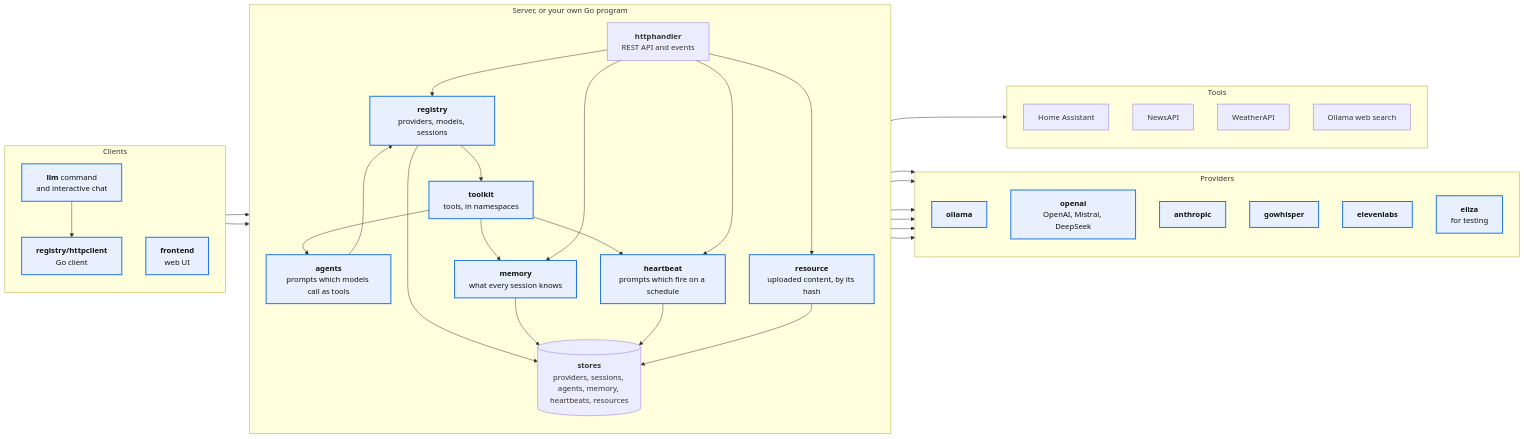
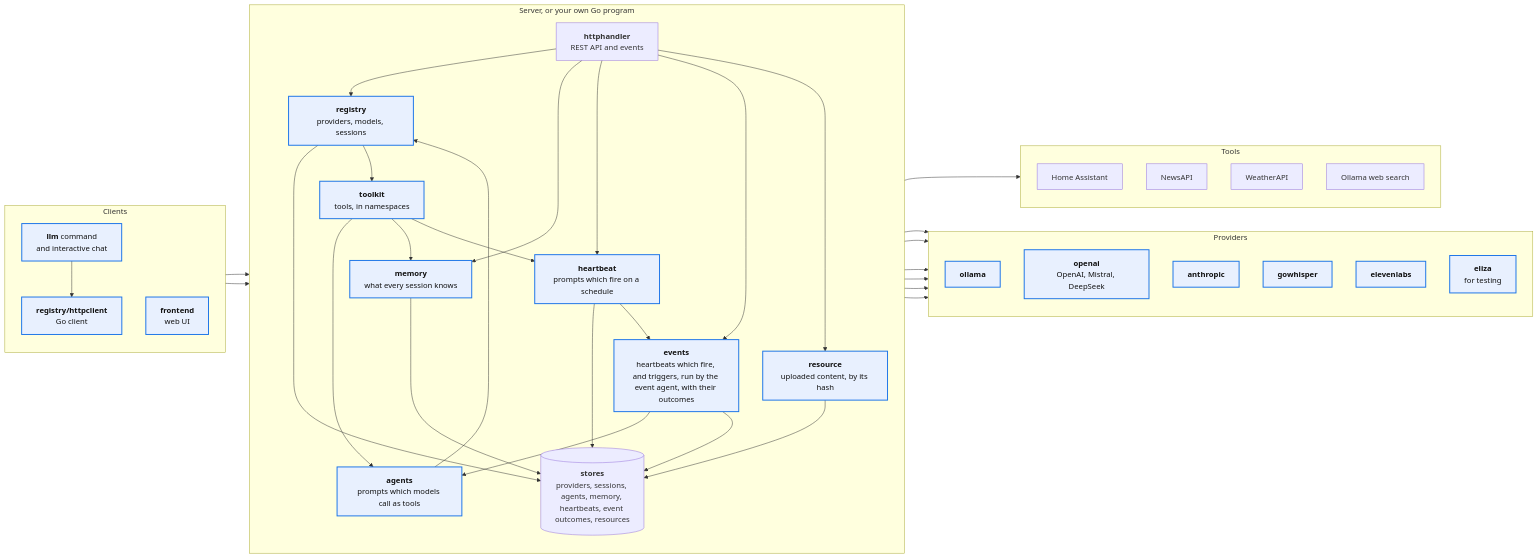
The diagram in README.md (mutablelogic/go-llm), drawn with Mermaid before and after one commit. The commit also changed other lines of this file, not shown here.

Commit message:
Add events to the architecture diagram: heartbeats which fire, and triggers, run by the event agent, with their outcomes (#171)

````diff
--- a/README.md
+++ b/README.md
@@ -135,75 +135,81 @@
 ```mermaid
 flowchart LR
     subgraph Clients
         direction TB
         CLI["`**llm** command
         and interactive chat`"]
         Client["`**registry/httpclient**
         Go client`"]
         UI["`**frontend**
         web UI`"]
     end
 
     subgraph Server["Server, or your own Go program"]
         direction TB
         API["`**httphandler**
         REST API and events`"]
         Registry["`**registry**
         providers, models, sessions`"]
         Toolkit["`**toolkit**
         tools, in namespaces`"]
         Agents["`**agents**
         prompts which models call as tools`"]
         Memory["`**memory**
         what every session knows`"]
         Heartbeat["`**heartbeat**
         prompts which fire on a schedule`"]
+        Events["`**events**
+        heartbeats which fire, and triggers, run by the event agent, with their outcomes`"]
         Resource["`**resource**
         uploaded content, by its hash`"]
         Stores[("`**stores**
-        providers, sessions, agents, memory, heartbeats, resources`")]
+        providers, sessions, agents, memory, heartbeats, event outcomes, resources`")]
     end
 
     subgraph Providers
         direction TB
         Ollama["`**ollama**`"]
         OpenAI["`**openai**
         OpenAI, Mistral, DeepSeek`"]
         Anthropic["`**anthropic**`"]
         Whisper["`**gowhisper**`"]
         ElevenLabs["`**elevenlabs**`"]
         Eliza["`**eliza**
         for testing`"]
     end
 
     subgraph Tools
         direction TB
         HA["Home Assistant"]
         News["NewsAPI"]
         Weather["WeatherAPI"]
         Search["Ollama web search"]
     end
 
     CLI --> Client
     Client --> API
     UI --> API
     API --> Registry
     Registry --> Stores
     Registry --> Toolkit
     Toolkit --> Agents
     Toolkit --> Memory
     Agents --> Registry
     API --> Memory
     Memory --> Stores
     Toolkit --> Heartbeat
     API --> Heartbeat
     Heartbeat --> Stores
+    Heartbeat --> Events
+    API --> Events
+    Events --> Agents
+    Events --> Stores
     API --> Resource
     Resource --> Stores
     Toolkit --> Tools
     Registry --> Ollama & OpenAI & Anthropic & Whisper & ElevenLabs & Eliza
 
     classDef highlight fill:#e8f0fe,stroke:#1a73e8,stroke-width:2px,color:#111
-    class CLI,Client,UI,Registry,Toolkit,Agents,Memory,Heartbeat,Resource highlight
+    class CLI,Client,UI,Registry,Toolkit,Agents,Memory,Heartbeat,Events,Resource highlight
     class Ollama,OpenAI,Anthropic,Whisper,ElevenLabs,Eliza highlight
 ```
````
